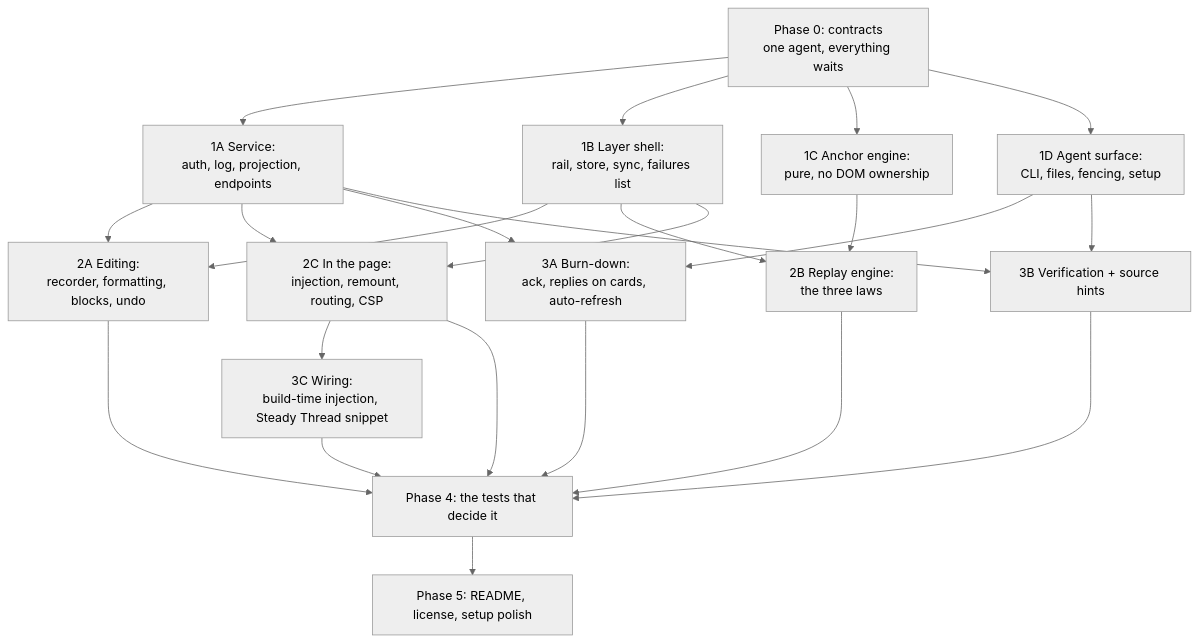
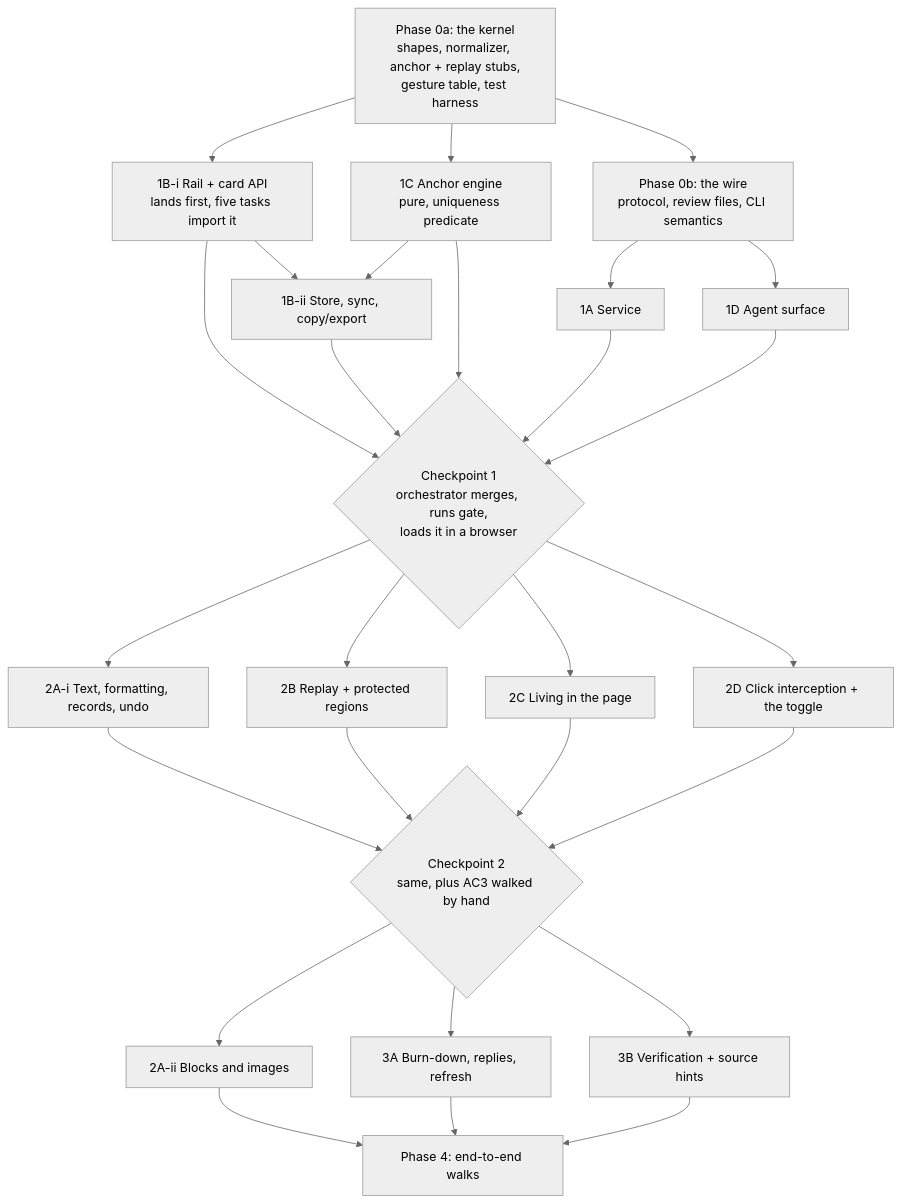
One commit to kenxle/live-agentic-html-editor changed the diagram in docs/features/20260812.01_live_agentic_html_editor/03_plan_live_agentic_html_editor.md. Above: the diagram before and after it, drawn with Mermaid (neutral theme). The commit also changed other lines of this file, not shown here.

Commit message:
Plan: rewrite for four reviews, kernel gate, task splits, ranked tests

````diff
--- a/docs/features/20260812.01_live_agentic_html_editor/03_plan_live_agentic_html_editor.md
+++ b/docs/features/20260812.01_live_agentic_html_editor/03_plan_live_agentic_html_editor.md
@@ -9,16 +18,23 @@
 ```mermaid
 flowchart TD
-    P0["Phase 0: contracts<br/>one agent, everything waits"]
-    P0 --> A["1A Service:<br/>auth, log, projection, endpoints"]
-    P0 --> B["1B Layer shell:<br/>rail, store, sync, failures list"]
-    P0 --> C["1C Anchor engine:<br/>pure, no DOM ownership"]
-    P0 --> D["1D Agent surface:<br/>CLI, files, fencing, setup"]
-    A & B --> E["2A Editing:<br/>recorder, formatting, blocks, undo"]
-    B & C --> F["2B Replay engine:<br/>the three laws"]
-    A & B --> G["2C In the page:<br/>injection, remount, routing, CSP"]
-    A & D --> H["3A Burn-down:<br/>ack, replies on cards, auto-refresh"]
-    A & D --> I["3B Verification + source hints"]
-    G --> J["3C Wiring:<br/>build-time injection, Steady Thread snippet"]
-    E & F & G & H & I & J --> K["Phase 4: the tests that decide it"]
-    K --> L["Phase 5: README, license, setup polish"]
+    P0a["Phase 0a: the kernel<br/>shapes, normalizer, anchor + replay stubs,<br/>gesture table, test harness"]
+    P0b["Phase 0b: the wire<br/>protocol, review files, CLI semantics"]
+    P0a --> P0b
+    P0a --> C["1C Anchor engine<br/>pure, uniqueness predicate"]
+    P0a --> Bi["1B-i Rail + card API<br/>lands first, five tasks import it"]
+    P0b --> A["1A Service"]
+    P0b --> D["1D Agent surface"]
+    Bi --> Bii["1B-ii Store, sync, copy/export"]
+    C --> Bii
+    Bi & Bii & C --> CP1{"Checkpoint 1<br/>orchestrator merges, runs gate,<br/>loads it in a browser"}
+    A & D --> CP1
+    CP1 --> Ai["2A-i Text, formatting, records, undo"]
+    CP1 --> B2["2B Replay + protected regions"]
+    CP1 --> Cc["2C Living in the page"]
+    CP1 --> Dd["2D Click interception + the toggle"]
+    Ai & B2 & Cc & Dd --> CP2{"Checkpoint 2<br/>same, plus AC3 walked by hand"}
+    CP2 --> Aii["2A-ii Blocks and images"]
+    CP2 --> H["3A Burn-down, replies, refresh"]
+    CP2 --> I["3B Verification + source hints"]
+    Aii & H & I --> P4["Phase 4: end-to-end walks"]
 ```
````
